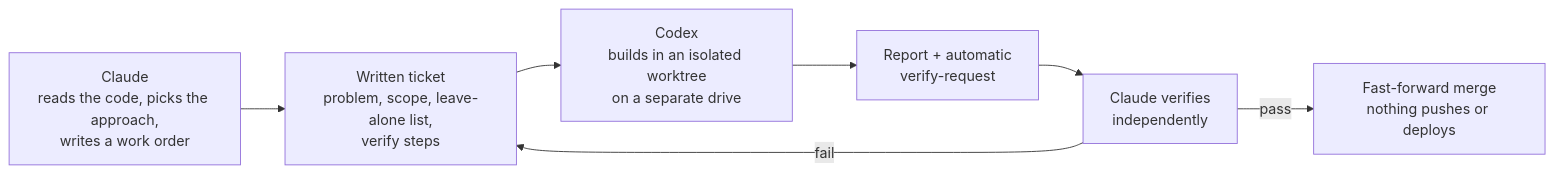
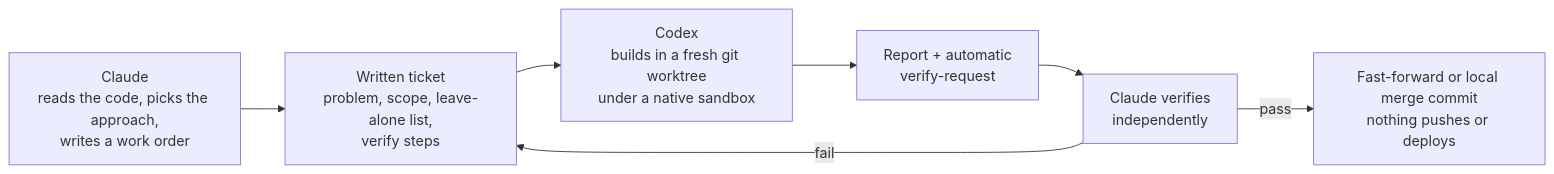
Before and after one commit to sorry2befrank/portfolio: the diagram in work/build-method.md, drawn with Mermaid. The commit also changed other lines of this file and 19 other files, not shown here.

````diff
--- a/work/build-method.md
+++ b/work/build-method.md
@@ -11,9 +11,9 @@
 ```mermaid
 flowchart LR
     S[Claude<br/>reads the code, picks the approach,<br/>writes a work order] --> T[Written ticket<br/>problem, scope, leave-alone list,<br/>verify steps]
-    T --> B[Codex<br/>builds in an isolated worktree<br/>on a separate drive]
+    T --> B[Codex<br/>builds in a fresh git worktree<br/>under a native sandbox]
     B --> R[Report + automatic<br/>verify-request]
     R --> V[Claude verifies<br/>independently]
-    V -->|pass| M[Fast-forward merge<br/>nothing pushes or deploys]
+    V -->|pass| M[Fast-forward or local merge commit<br/>nothing pushes or deploys]
     V -->|fail| T
 ```
````
